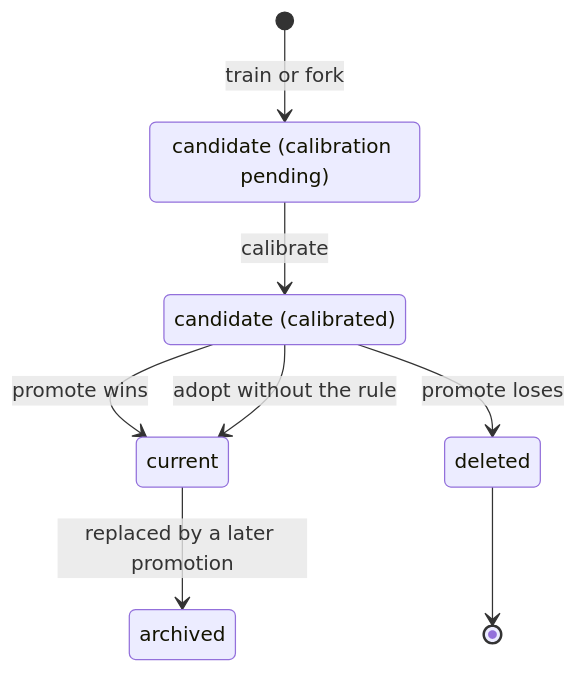
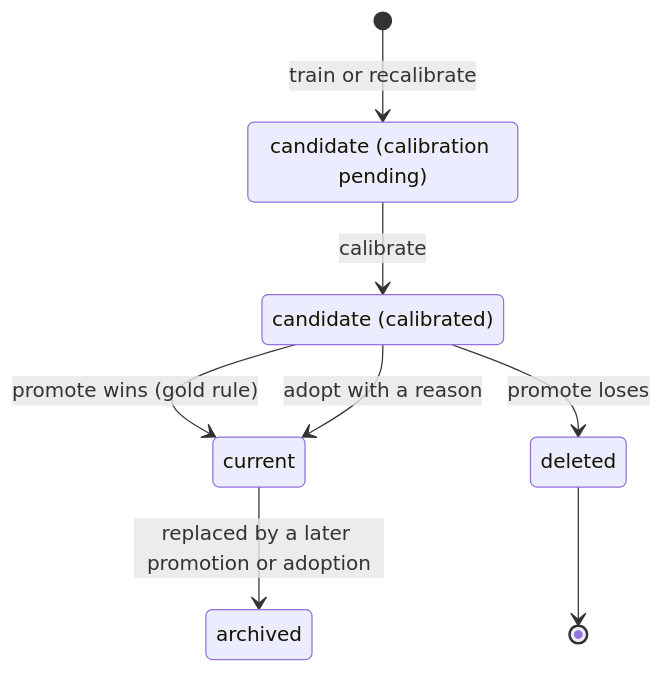
The first of 2 diagrams in ml/documentation/concepts/generations.md (YugrajD/UC-Davis-VMTH-Cancer-Registry), drawn with Mermaid before and after one commit. The commit also changed other lines of this file and 32 other files, not shown here.

````diff
--- a/ml/documentation/concepts/generations.md
+++ b/ml/documentation/concepts/generations.md
@@ -17,12 +19,12 @@
 ```mermaid
 stateDiagram-v2
     state "candidate (calibration pending)" as pending
     state "candidate (calibrated)" as calibrated
-    [*] --> pending: train or fork
+    [*] --> pending: train or recalibrate
     pending --> calibrated: calibrate
-    calibrated --> current: promote wins
+    calibrated --> current: promote wins (gold rule)
     calibrated --> deleted: promote loses
-    calibrated --> current: adopt without the rule
-    current --> archived: replaced by a later promotion
+    calibrated --> current: adopt with a reason
+    current --> archived: replaced by a later promotion or adoption
     deleted --> [*]
 ```
````
